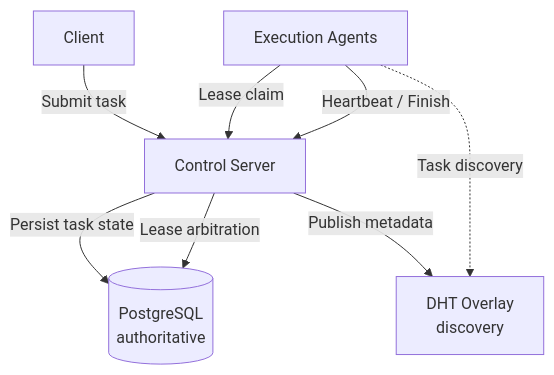
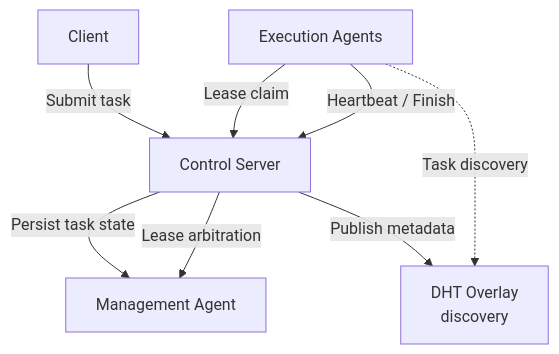
Before and after one commit to Team-Gurumi/MC-prototype: the first of 4 diagrams in README.md, drawn with Mermaid. The commit also changed other lines of this file and 1 other file, not shown here.

Commit message:
docs: generalize state backend in paper-facing diagrams

````diff
--- a/README.md
+++ b/README.md
@@ -11,13 +11,13 @@
 ```mermaid
 graph TD
 
 Client[Client] -->|Submit task| Control[Control Server]
 
-Control -->|Persist task state| Postgres[(PostgreSQL<br/>authoritative)]
-Control -->|Lease arbitration| Postgres[(PostgreSQL<br/>authoritative)]
+Control -->|Persist task state| ManagementAgent[Management Agent]
+Control -->|Lease arbitration| ManagementAgent
 Control -->|Publish metadata| DHT[DHT Overlay<br/>discovery]
 
 Agent[Execution Agents] -.->|Task discovery| DHT
 Agent -->|Lease claim| Control
 Agent -->|Heartbeat / Finish| Control
 ```
````
